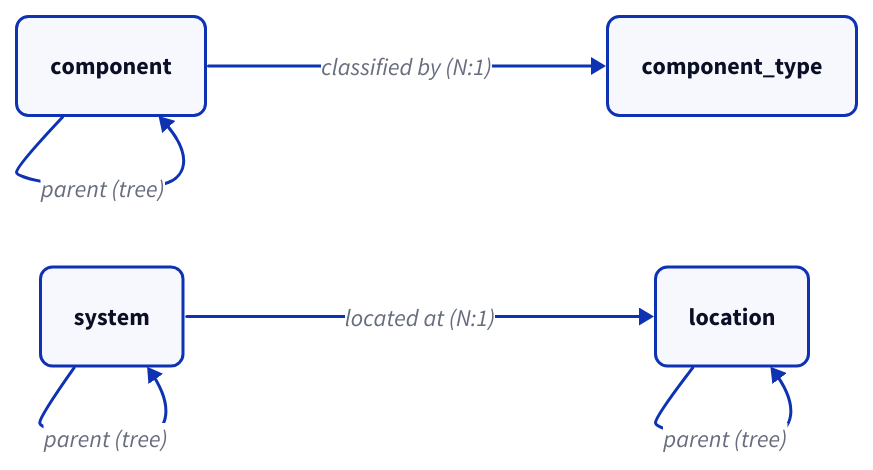
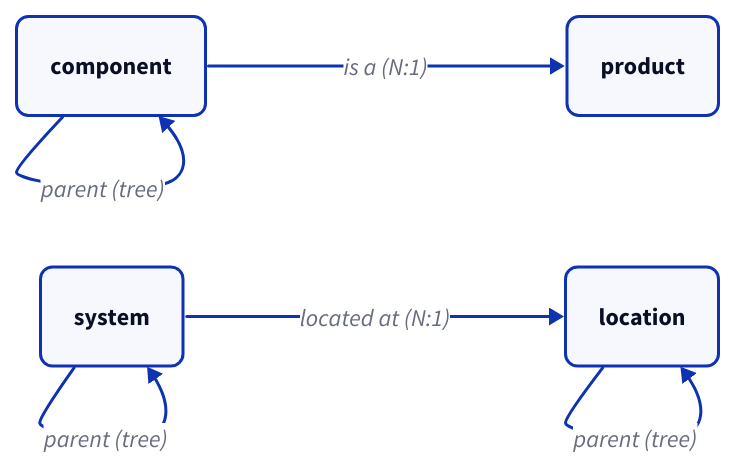
Before and after one commit to hyperscaleav/omniglass: the second of 2 diagrams in docs/src/content/docs/architecture/core-entities.md, drawn with D2. The commit also changed other lines of this file and 107 other files, not shown here.

````diff
--- a/docs/src/content/docs/architecture/core-entities.md
+++ b/docs/src/content/docs/architecture/core-entities.md
@@ -117,13 +153,13 @@
 ```d2
 direction: right
 classes: { node: { style.border-radius: 8 }; key: { style: { border-radius: 8; bold: true } } }
 component: component { class: node }
-component_type: component_type { class: node }
+product: product { class: node }
 location: location { class: node }
 system: system { class: node }
-component -> component_type: classified by (N:1)
+component -> product: is a (N:1)
 component -> component: parent (tree)
 system -> location: located at (N:1)
 system -> system: parent (tree)
 location -> location: parent (tree)
 ```
````
